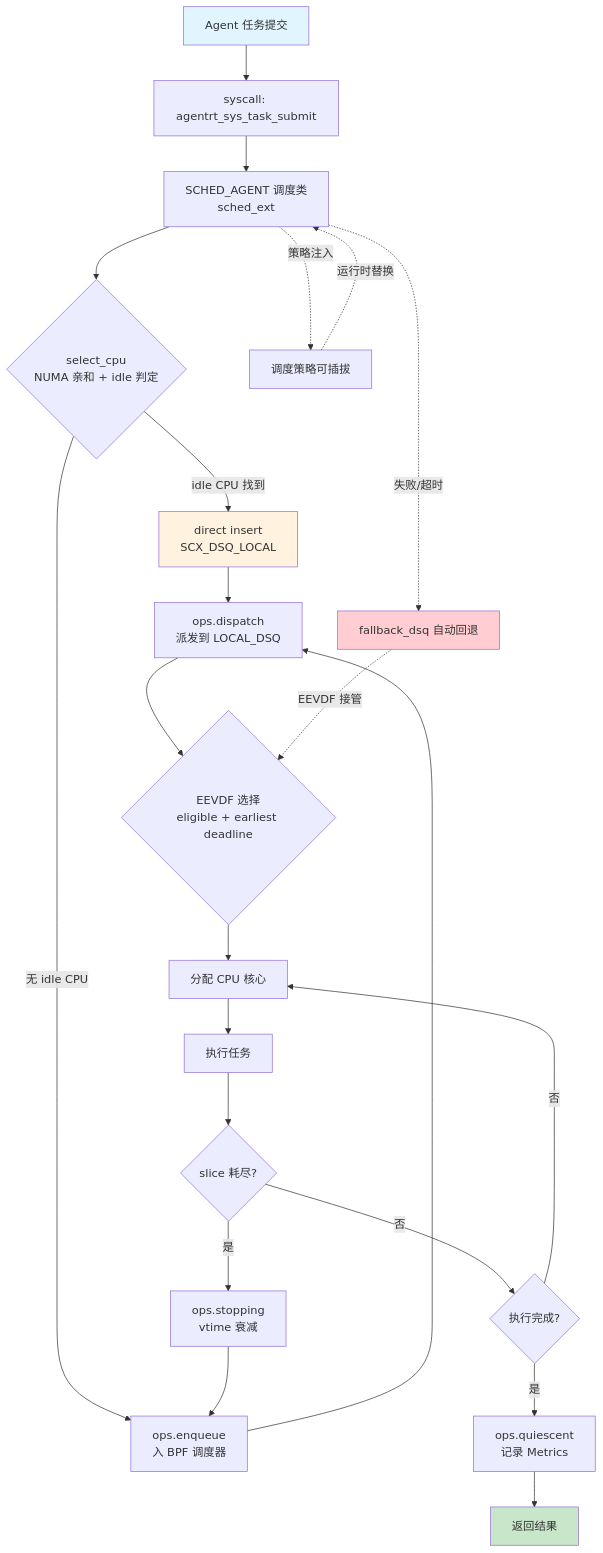
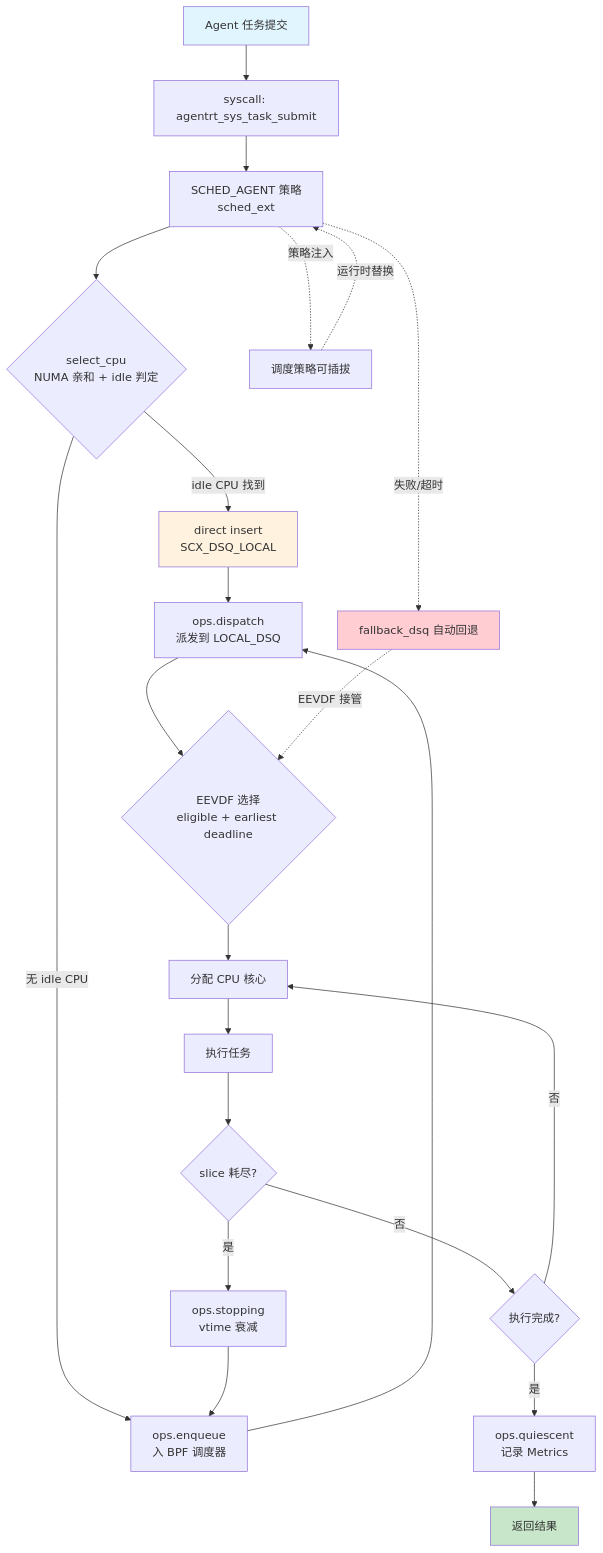
One commit to openairymax/docs-linux changed the first of 6 diagrams in 40-dataflows/04-scheduling-flow.md. Above: the diagram before and after it, drawn with Mermaid. The commit also changed other lines of this file and 37 other files, not shown here.

````diff
--- a/40-dataflows/04-scheduling-flow.md
+++ b/40-dataflows/04-scheduling-flow.md
@@ -47,33 +47,33 @@
 ```mermaid
 flowchart TD
     A[Agent 任务提交] --> B[syscall: agentrt_sys_task_submit]
-    B --> C[SCHED_AGENT 调度类<br/>sched_ext]
+    B --> C[SCHED_AGENT 策略<br/>sched_ext]
     C --> D{select_cpu<br/>NUMA 亲和 + idle 判定}
     D -->|idle CPU 找到| E[direct insert<br/>SCX_DSQ_LOCAL]
     D -->|无 idle CPU| F[ops.enqueue<br/>入 BPF 调度器]
     E --> G[ops.dispatch<br/>派发到 LOCAL_DSQ]
     F --> G
     G --> H{EEVDF 选择<br/>eligible + earliest deadline}
     H --> I[分配 CPU 核心]
     I --> J[执行任务]
     J --> K{slice 耗尽?}
     K -->|是| L[ops.stopping<br/>vtime 衰减]
     K -->|否| M{执行完成?}
     L --> F
     M -->|是| N[ops.quiescent<br/>记录 Metrics]
     M -->|否| I
     N --> O[返回结果]
     
     P[调度策略可插拔]
     C -.策略注入.-> P
     P -.运行时替换.-> C
     
     Q[fallback_dsq 自动回退]
     C -.失败/超时.-> Q
     Q -.EEVDF 接管.-> H
     
     style A fill:#e1f5fe
     style E fill:#fff3e0
     style O fill:#c8e6c9
     style Q fill:#ffcdd2
 ```
````
